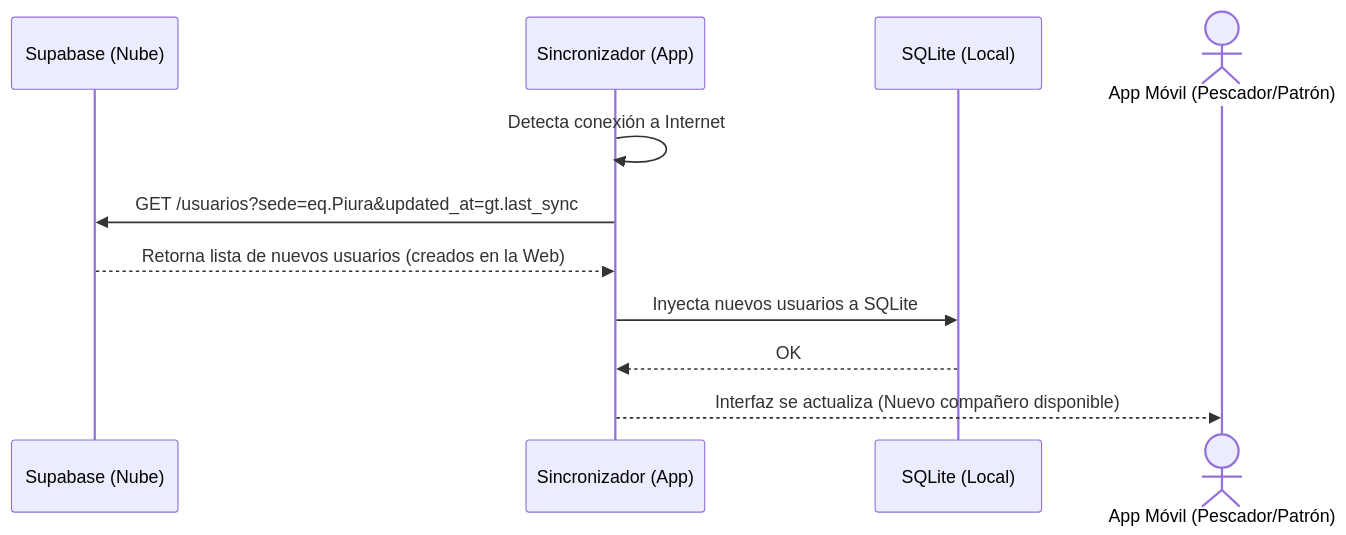
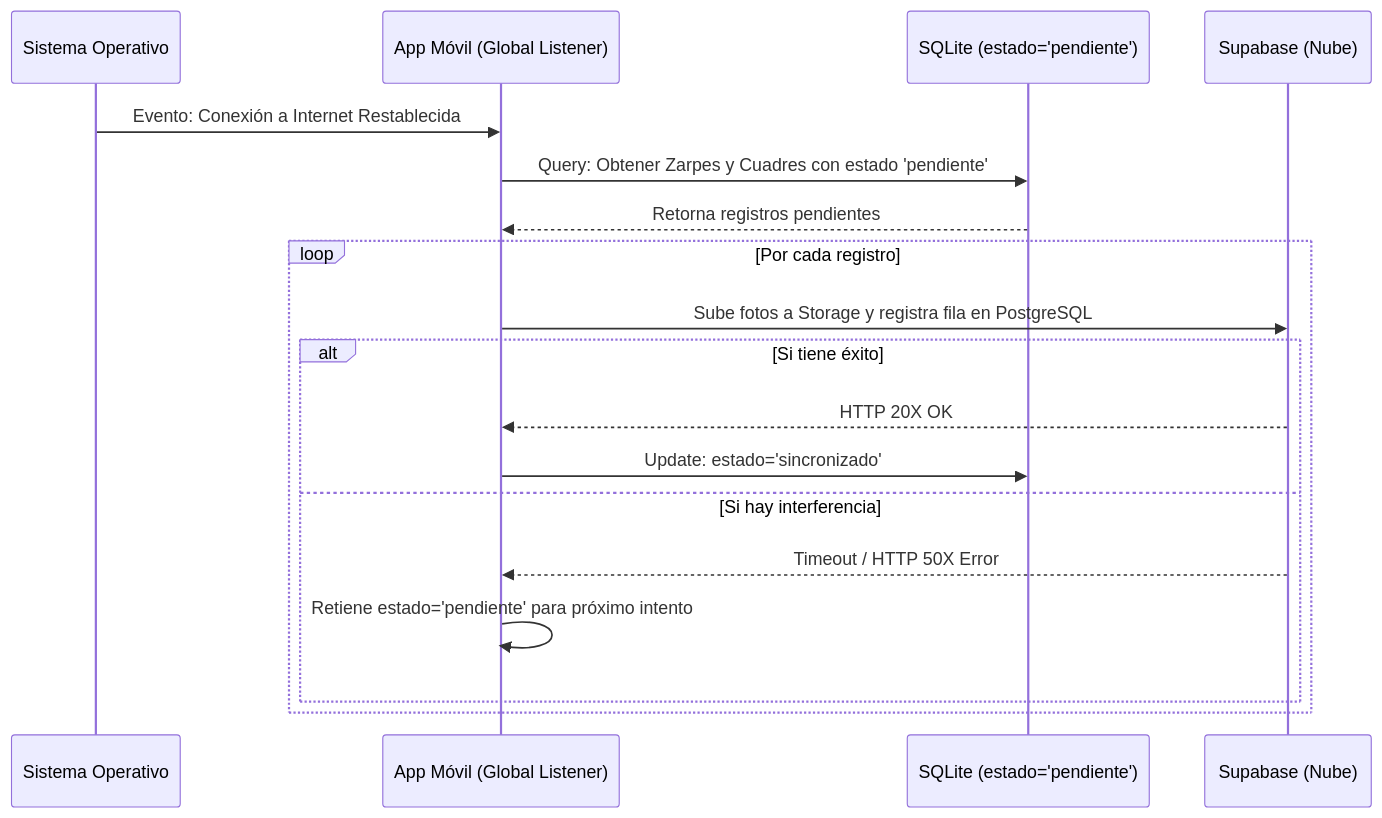
Before and after one commit to brismarinatracker-corporation/Brismar: the diagram in docs/brismar_brain/flujos/FLUJO_10_SINCRO_WEB_APP.md, drawn with Mermaid. The commit also changed other lines of this file and 7 other files, not shown here.

Commit message:
feat(sync): auto-sincronización offline-first de Zarpes y Cuadres + fix tipado en historial

````diff
--- a/docs/brismar_brain/flujos/FLUJO_10_SINCRO_WEB_APP.md
+++ b/docs/brismar_brain/flujos/FLUJO_10_SINCRO_WEB_APP.md
@@ -11,14 +13,21 @@
 ```mermaid
 sequenceDiagram
+    participant OS as Sistema Operativo
+    participant App as App Móvil (Global Listener)
+    participant Local as SQLite (estado='pendiente')
     participant Supa as Supabase (Nube)
-    participant Sync as Sincronizador (App)
-    participant Local as SQLite (Local)
-    actor Operario as App Móvil (Pescador/Patrón)
 
-    Sync->>Sync: Detecta conexión a Internet
-    Sync->>Supa: GET /usuarios?sede=eq.Piura&updated_at=gt.last_sync
-    Supa-->>Sync: Retorna lista de nuevos usuarios (creados en la Web)
-    Sync->>Local: Inyecta nuevos usuarios a SQLite
-    Local-->>Sync: OK
-    Sync-->>Operario: Interfaz se actualiza (Nuevo compañero disponible)
+    OS->>App: Evento: Conexión a Internet Restablecida
+    App->>Local: Query: Obtener Zarpes y Cuadres con estado 'pendiente'
+    Local-->>App: Retorna registros pendientes
+    loop Por cada registro
+        App->>Supa: Sube fotos a Storage y registra fila en PostgreSQL
+        alt Si tiene éxito
+            Supa-->>App: HTTP 20X OK
+            App->>Local: Update: estado='sincronizado'
+        else Si hay interferencia
+            Supa-->>App: Timeout / HTTP 50X Error
+            App->>App: Retiene estado='pendiente' para próximo intento
+        end
+    end
 ```
````
